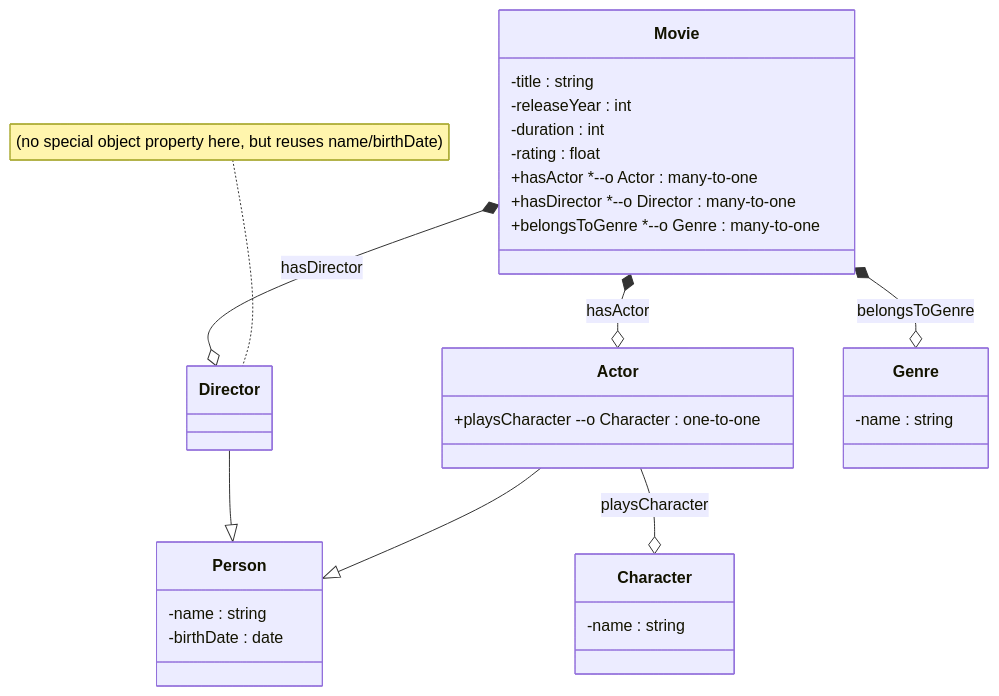
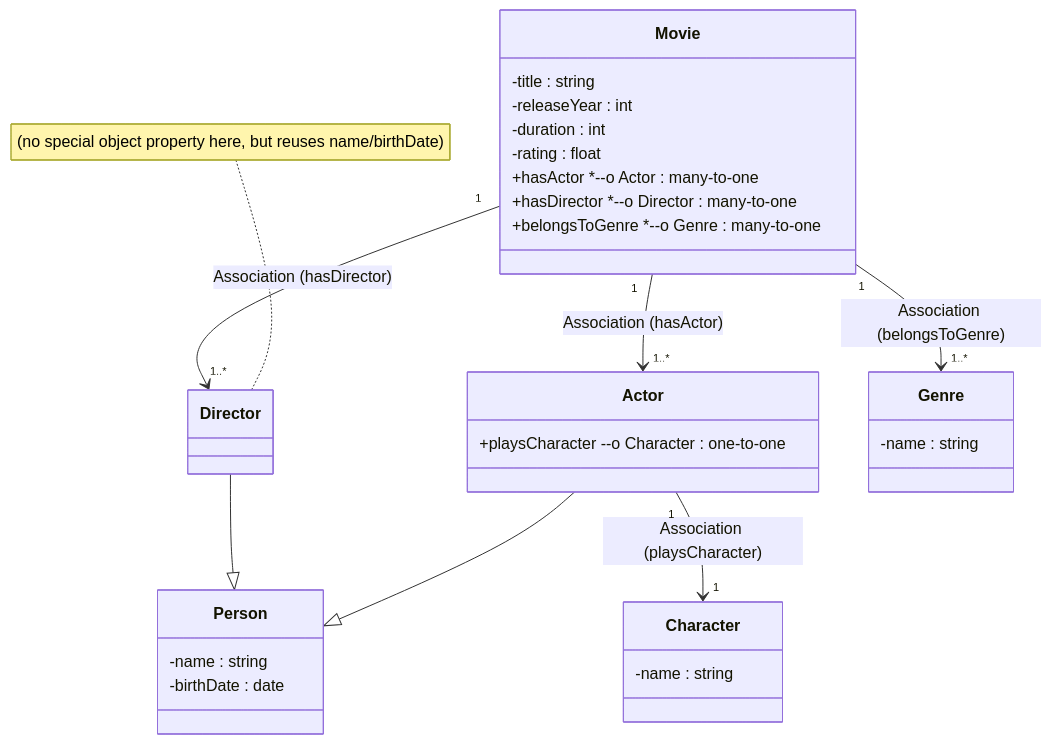
The first of 2 diagrams in o1/o1-structure.md (shauryashaurya/The-Silmaril), drawn with Mermaid before and after one commit.

Commit message:
mermaid specify relationships

````diff
--- a/o1/o1-structure.md
+++ b/o1/o1-structure.md
@@ -3,48 +3,48 @@
 ```mermaid                      
 classDiagram    
     class Movie {    
         %% Data Properties    
         -title : string    
         -releaseYear : int    
         -duration : int    
         -rating : float    
         %% Object Properties    
         +hasActor *--o Actor : many-to-one    
         +hasDirector *--o Director : many-to-one    
         +belongsToGenre *--o Genre : many-to-one    
     }    
     
     class Person {    
         %% Data Properties    
         -name : string    
         -birthDate : date    
     }    
     
     class Actor {    
         %% Object Properties    
         +playsCharacter --o Character : one-to-one    
     }    
     
     class Director {    
         %% Inherited Data Properties from Person (name, birthDate) are implicitly present    
     }    
     note for Director "(no special object property here, but reuses name/birthDate)"    
     
     class Character {    
         %% Data Properties    
         -name : string    
     }    
     
     class Genre {    
         %% Data Properties    
         -name : string    
     }    
     
     Actor --|> Person    
     Director --|> Person    
 	
-    Movie *--o Actor : hasActor  
-    Movie *--o Director : hasDirector  
-    Movie *--o Genre : belongsToGenre  
-    Actor --o Character : playsCharacter  
+	Movie "1" --> "1..*" Actor : Association (hasActor)
+    Movie "1" --> "1..*" Director : Association (hasDirector)
+    Movie "1" --> "1..*" Genre : Association (belongsToGenre)
+    Actor "1" --> "1" Character : Association (playsCharacter)
 ```         
````
